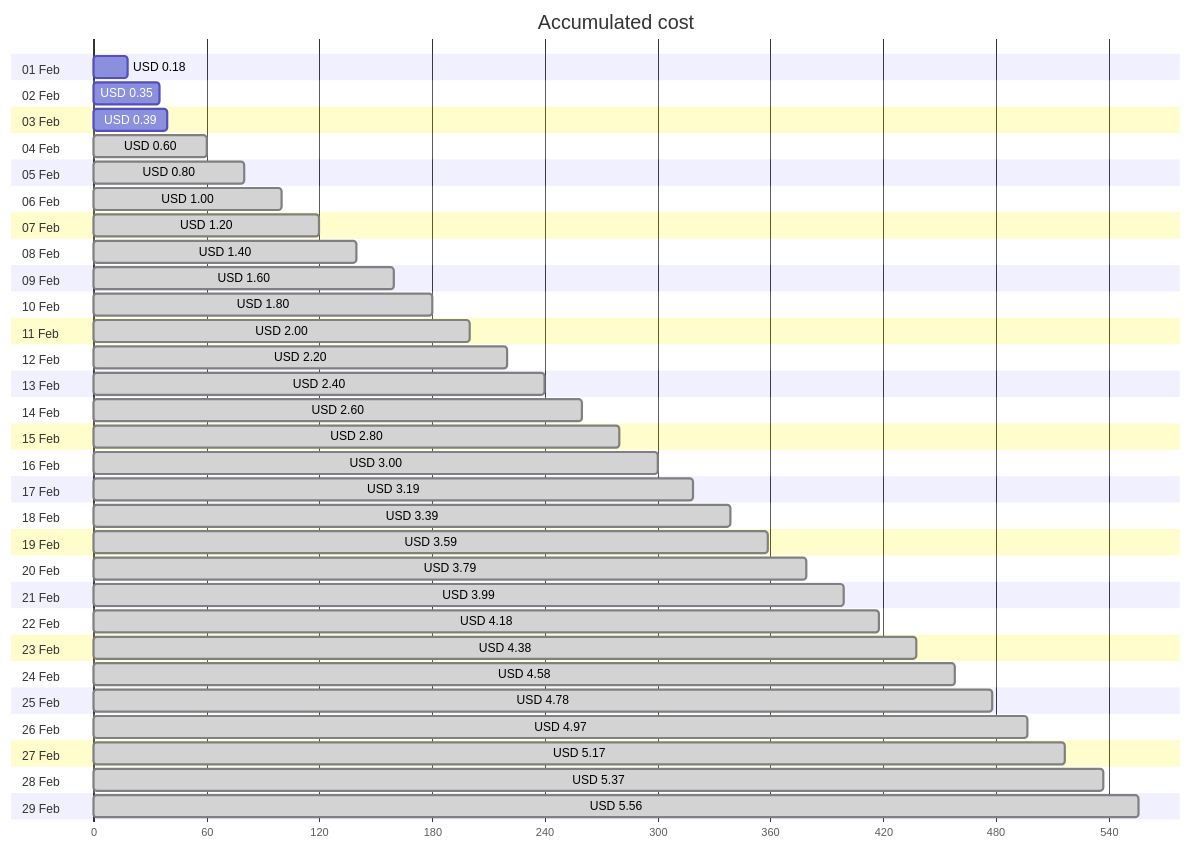
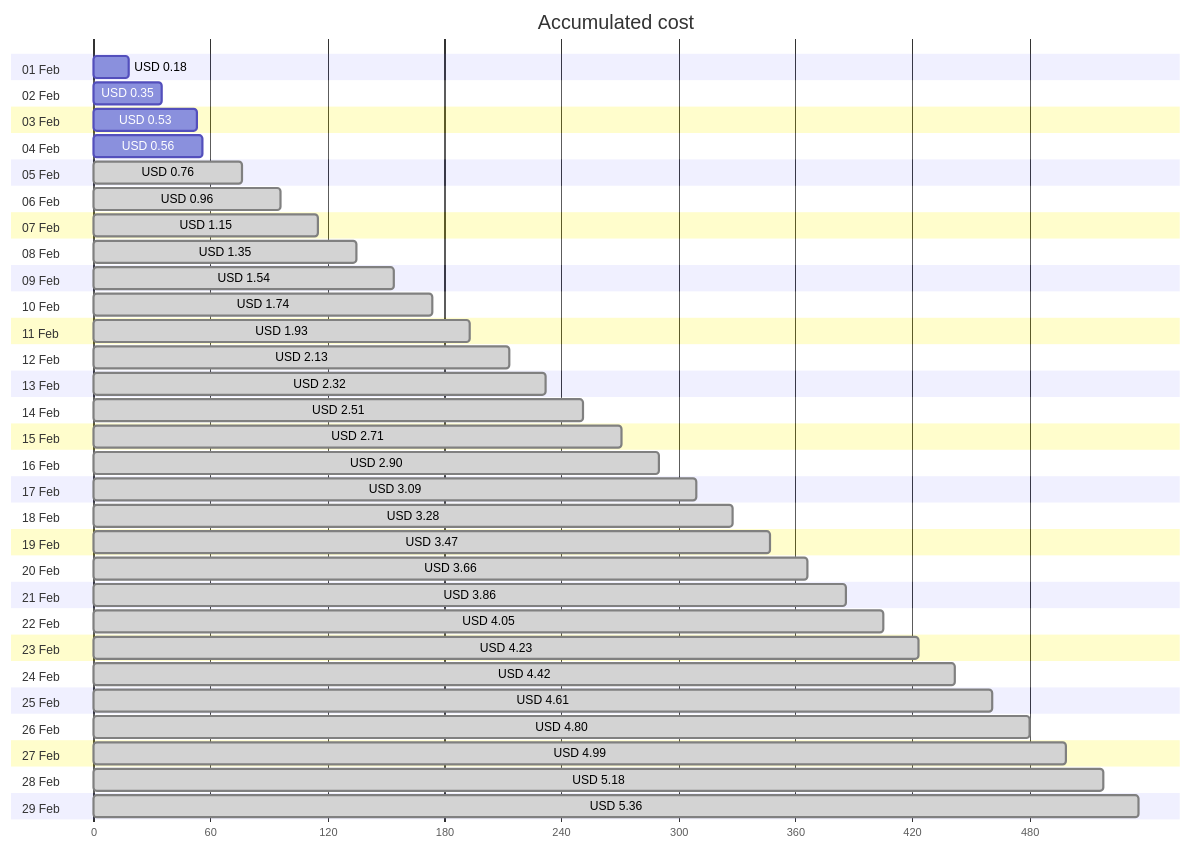
The first of 4 diagrams in cost-reports/personal-network/backup-server.md (jpfulton/azure-personal-reports), drawn with Mermaid before and after one commit. The commit also changed other lines of this file and 8 other files, not shown here.

````diff
--- a/cost-reports/personal-network/backup-server.md
+++ b/cost-reports/personal-network/backup-server.md
@@ -20,64 +20,64 @@
 ```mermaid
 gantt
    title Accumulated cost
    dateFormat  X
    axisFormat %s
    section 01 Feb
    USD 0.18 :0, 18
    section 02 Feb
    USD 0.35 :0, 35
    section 03 Feb
-   USD 0.39 :0, 39
+   USD 0.53 :0, 53
    section 04 Feb
-   USD 0.60 : done, 0, 60
+   USD 0.56 :0, 56
    section 05 Feb
-   USD 0.80 : done, 0, 80
+   USD 0.76 : done, 0, 76
    section 06 Feb
-   USD 1.00 : done, 0, 100
+   USD 0.96 : done, 0, 96
    section 07 Feb
-   USD 1.20 : done, 0, 120
+   USD 1.15 : done, 0, 115
    section 08 Feb
-   USD 1.40 : done, 0, 140
+   USD 1.35 : done, 0, 135
    section 09 Feb
-   USD 1.60 : done, 0, 160
+   USD 1.54 : done, 0, 154
    section 10 Feb
-   USD 1.80 : done, 0, 180
+   USD 1.74 : done, 0, 174
    section 11 Feb
-   USD 2.00 : done, 0, 200
+   USD 1.93 : done, 0, 193
    section 12 Feb
-   USD 2.20 : done, 0, 220
+   USD 2.13 : done, 0, 213
    section 13 Feb
-   USD 2.40 : done, 0, 240
+   USD 2.32 : done, 0, 232
    section 14 Feb
-   USD 2.60 : done, 0, 260
+   USD 2.51 : done, 0, 251
    section 15 Feb
-   USD 2.80 : done, 0, 280
+   USD 2.71 : done, 0, 271
    section 16 Feb
-   USD 3.00 : done, 0, 300
+   USD 2.90 : done, 0, 290
    section 17 Feb
-   USD 3.19 : done, 0, 319
+   USD 3.09 : done, 0, 309
    section 18 Feb
-   USD 3.39 : done, 0, 339
+   USD 3.28 : done, 0, 328
    section 19 Feb
-   USD 3.59 : done, 0, 359
+   USD 3.47 : done, 0, 347
    section 20 Feb
-   USD 3.79 : done, 0, 379
+   USD 3.66 : done, 0, 366
    section 21 Feb
-   USD 3.99 : done, 0, 399
+   USD 3.86 : done, 0, 386
    section 22 Feb
-   USD 4.18 : done, 0, 418
+   USD 4.05 : done, 0, 405
    section 23 Feb
-   USD 4.38 : done, 0, 438
+   USD 4.23 : done, 0, 423
    section 24 Feb
-   USD 4.58 : done, 0, 458
+   USD 4.42 : done, 0, 442
    section 25 Feb
-   USD 4.78 : done, 0, 478
+   USD 4.61 : done, 0, 461
    section 26 Feb
-   USD 4.97 : done, 0, 497
+   USD 4.80 : done, 0, 480
    section 27 Feb
-   USD 5.17 : done, 0, 517
+   USD 4.99 : done, 0, 499
    section 28 Feb
-   USD 5.37 : done, 0, 537
+   USD 5.18 : done, 0, 518
    section 29 Feb
-   USD 5.56 : done, 0, 556
+   USD 5.36 : done, 0, 536
 ```
````
